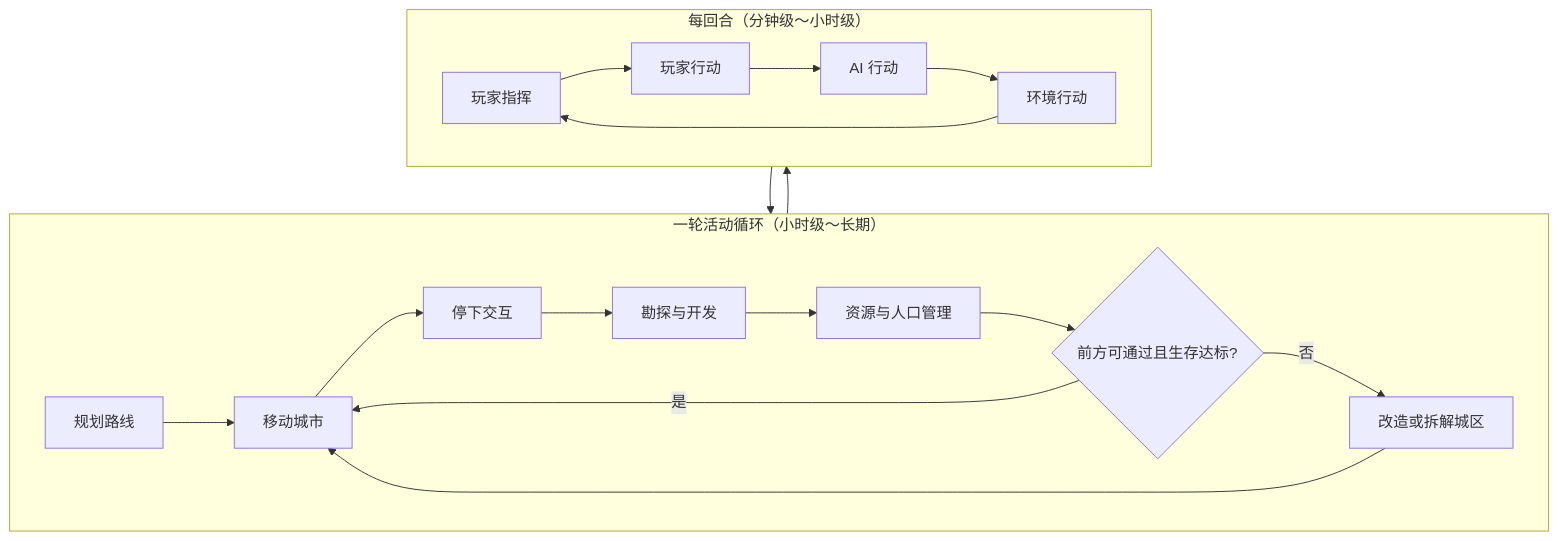
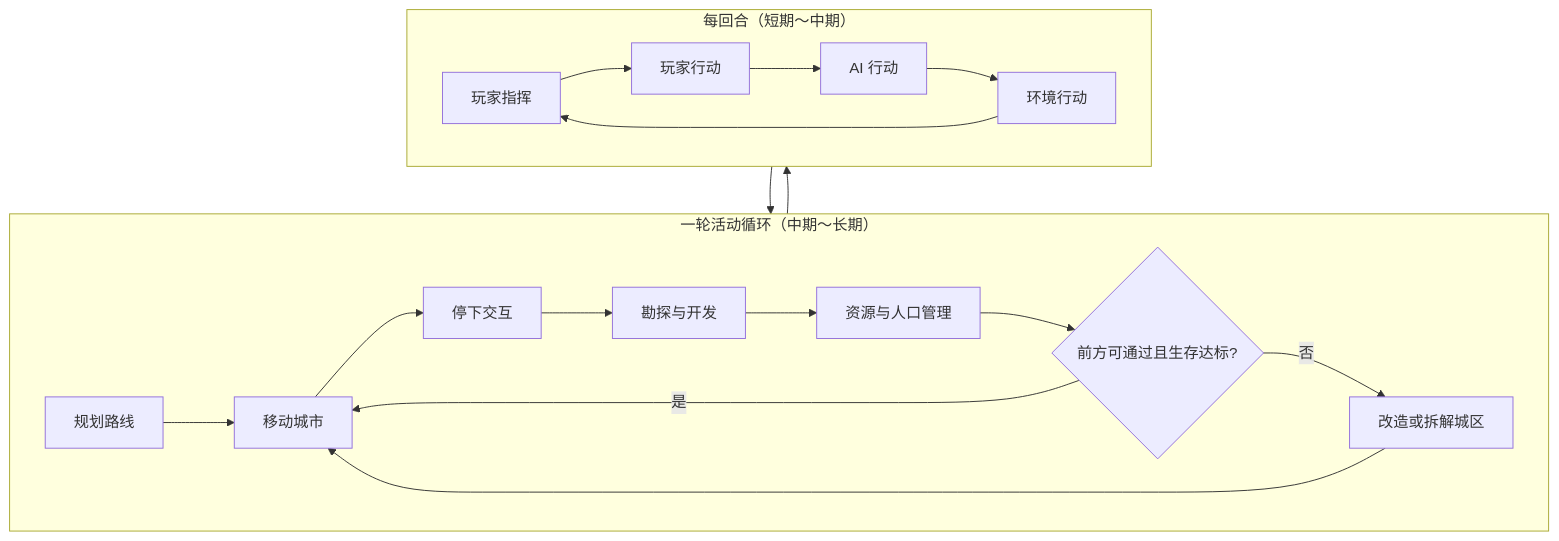
One commit to Estrella6066773/DriveToLight changed the fourth of 4 diagrams in Docs/02-系统设计/07-玩法循环/核心循环.md. Above: the diagram before and after it, drawn with Mermaid. The commit also changed other lines of this file and 27 other files, not shown here.

````diff
--- a/Docs/02-系统设计/07-玩法循环/核心循环.md
+++ b/Docs/02-系统设计/07-玩法循环/核心循环.md
@@ -205,21 +205,21 @@
 ```mermaid
 flowchart TB
-    subgraph 一轮["一轮活动循环（小时级～长期）"]
+    subgraph 一轮["一轮活动循环（中期～长期）"]
         P[规划路线] --> MV[移动城市]
         MV --> ST[停下交互]
         ST --> EX[勘探与开发]
         EX --> RS[资源与人口管理]
         RS --> OK{前方可通过且生存达标?}
         OK -->|是| MV
         OK -->|否| MD[改造或拆解城区]
         MD --> MV
     end
-    subgraph 每回合["每回合（分钟级～小时级）"]
+    subgraph 每回合["每回合（短期～中期）"]
         T1[玩家指挥] --> T2[玩家行动]
         T2 --> T3[AI 行动]
         T3 --> T4[环境行动]
         T4 --> T1
     end
     一轮 --> 每回合
     每回合 --> 一轮
 ```
````
